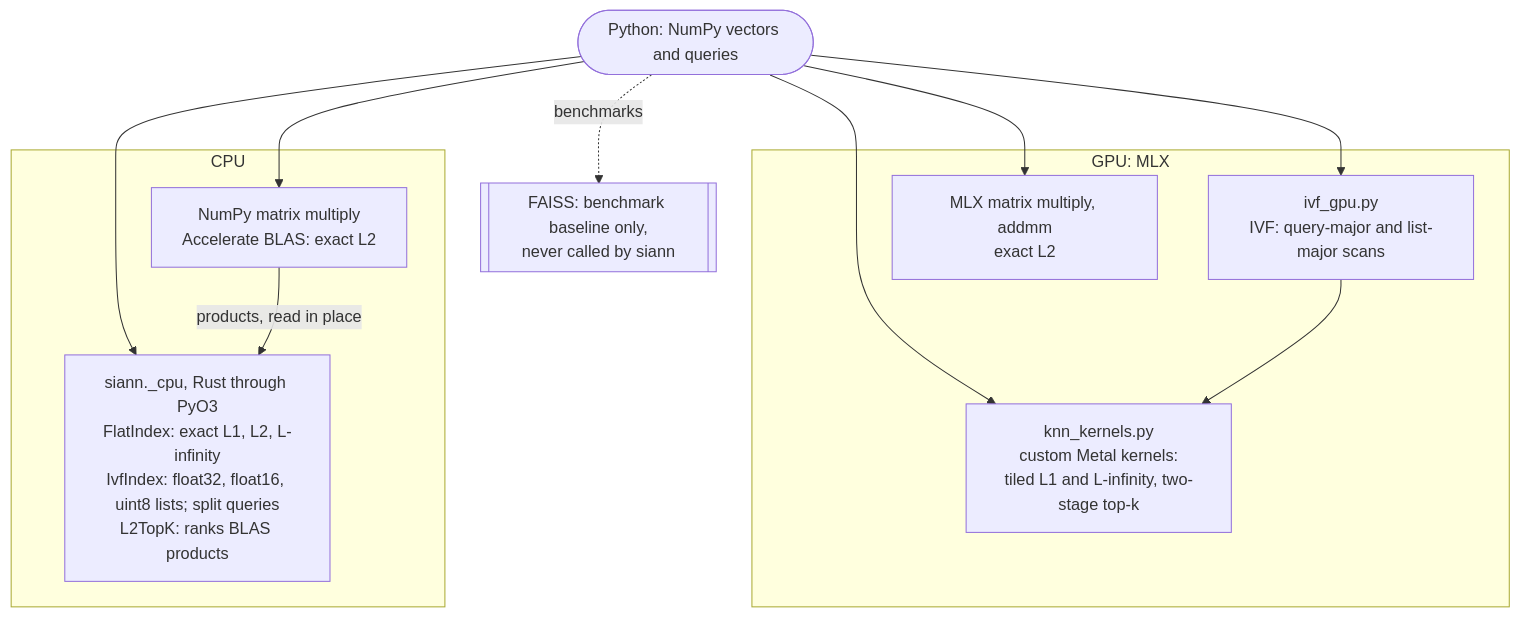
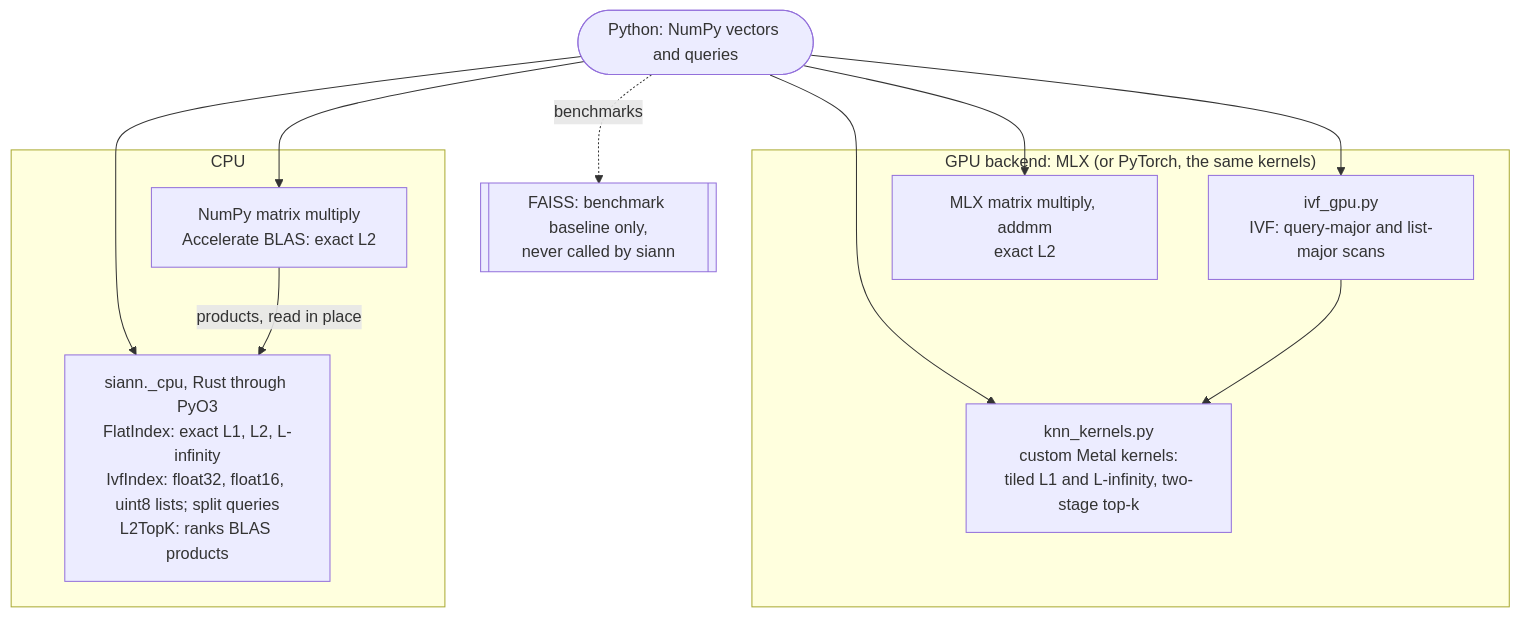
One commit to vglazer/siann changed the first of 4 diagrams in ARCHITECTURE.md. Above: the diagram before and after it, drawn with Mermaid. The commit also changed other lines of this file and 12 other files, not shown here.

````diff
--- a/ARCHITECTURE.md
+++ b/ARCHITECTURE.md
@@ -15,26 +15,26 @@
 ```mermaid
 flowchart TB
     user(["Python: NumPy vectors and queries"])
 
-    subgraph gpu["GPU: MLX"]
+    subgraph gpu["GPU backend: MLX (or PyTorch, the same kernels)"]
         kern["knn_kernels.py<br/>custom Metal kernels:<br/>tiled L1 and L-infinity, two-stage top-k"]
         ivfg["ivf_gpu.py<br/>IVF: query-major and list-major scans"]
         mm["MLX matrix multiply, addmm<br/>exact L2"]
     end
 
     subgraph cpu["CPU"]
         rust["siann._cpu, Rust through PyO3<br/>FlatIndex: exact L1, L2, L-infinity<br/>IvfIndex: float32, float16, uint8 lists; split queries<br/>L2TopK: ranks BLAS products"]
         blas["NumPy matrix multiply<br/>Accelerate BLAS: exact L2"]
     end
 
     faiss[["FAISS: benchmark baseline only,<br/>never called by siann"]]
 
     user --> kern
     user --> ivfg
     user --> mm
     user --> rust
     user --> blas
     blas -- "products, read in place" --> rust
     ivfg --> kern
     user -. "benchmarks" .-> faiss
 ```
````
